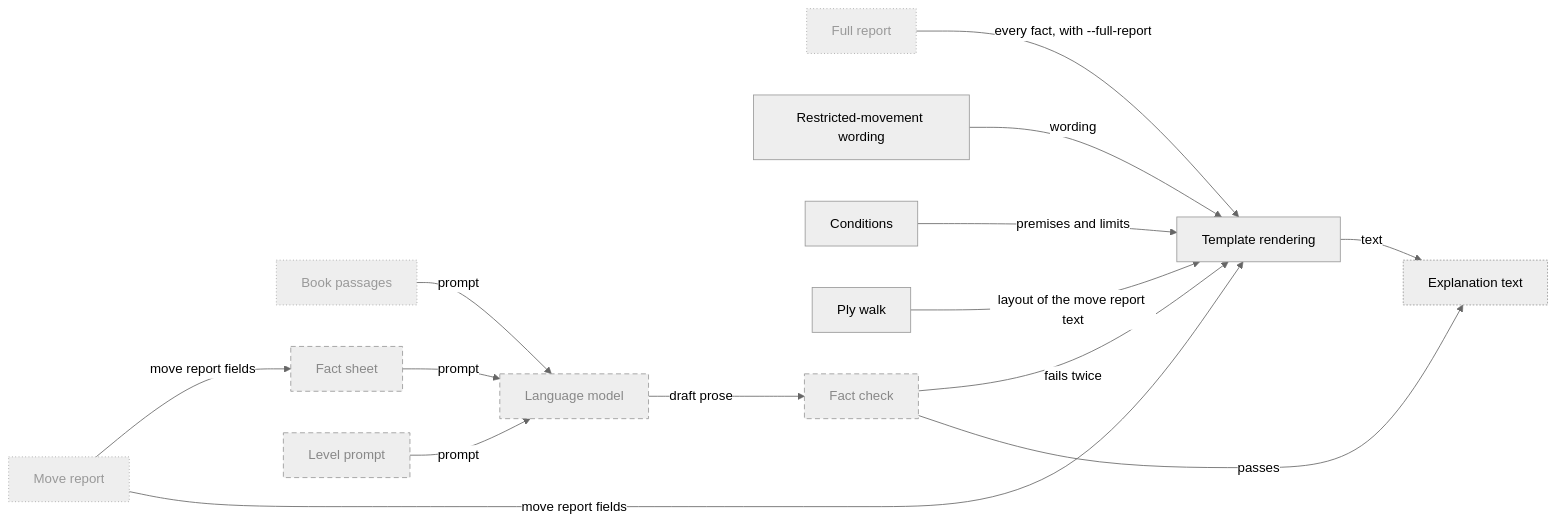
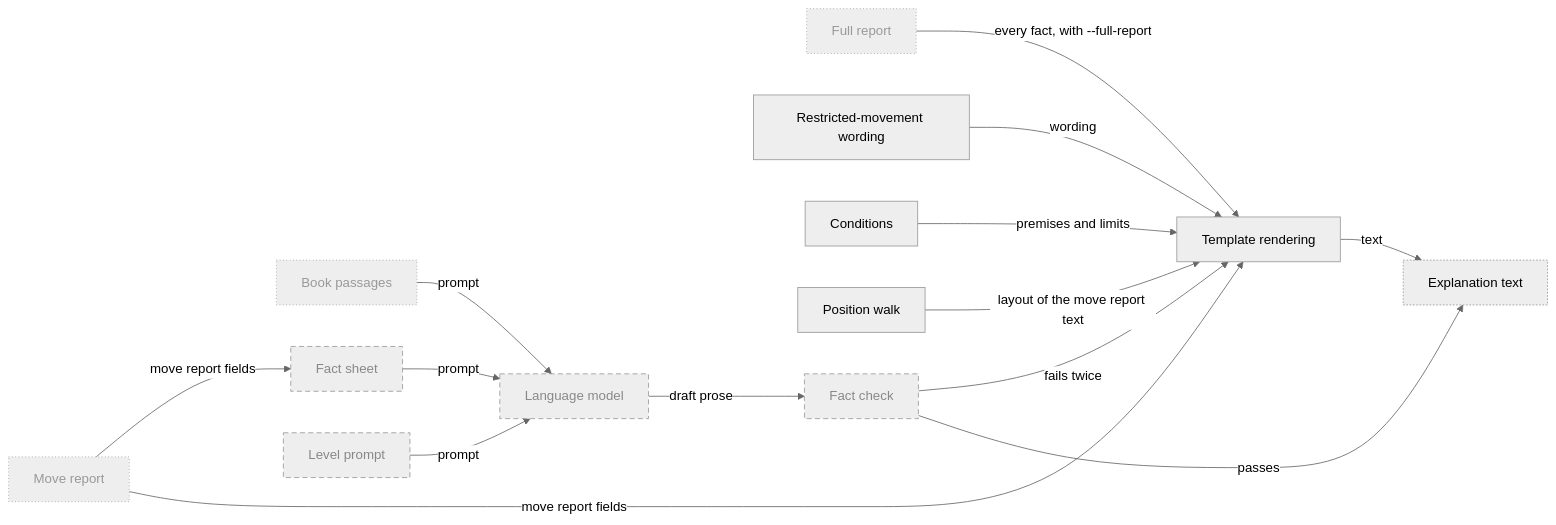
Before and after one commit to aurja/ChessWhy: diagram 12 of 25 in Planning/DBC/CONCEPTS.md, drawn with Mermaid (neutral theme). The commit also changed other lines of this file and 13 other files, not shown here.

First line of the commit message:
PostM4_EM4 part 1c: position walk in the move report text

````diff
--- a/Planning/DBC/CONCEPTS.md
+++ b/Planning/DBC/CONCEPTS.md
@@ -611,31 +611,31 @@
 ```mermaid
 flowchart LR
     MoveReport["Move report"]
     ReportDocument["Full report"]
     BookPassages["Book passages"]
     RestrictedMovement["Restricted-movement wording"]
     Conditions["Conditions"]
-    PlyWalk["Ply walk"]
+    PositionWalk["Position walk"]
     TemplateRendering["Template rendering"]
     FactSheet["Fact sheet"]
     LevelPrompt["Level prompt"]
     LanguageModel["Language model"]
     FactCheck["Fact check"]
     ExplanationText["Explanation text"]
     MoveReport -->|move report fields| TemplateRendering & FactSheet
     ReportDocument -->|every fact, with --full-report| TemplateRendering
     RestrictedMovement -->|wording| TemplateRendering
     Conditions -->|premises and limits| TemplateRendering
-    PlyWalk -->|layout of the move report text| TemplateRendering
+    PositionWalk -->|layout of the move report text| TemplateRendering
     FactSheet & LevelPrompt & BookPassages -->|prompt| LanguageModel
     LanguageModel -->|draft prose| FactCheck
     FactCheck -->|passes| ExplanationText
     FactCheck -->|fails twice| TemplateRendering
     TemplateRendering -->|text| ExplanationText
     classDef planned stroke-dasharray:6 4,color:#888
     classDef partial stroke-dasharray:2 2
     classDef external stroke-dasharray:1 3,color:#999
     class MoveReport,ReportDocument,BookPassages external
     class FactSheet,LevelPrompt,LanguageModel,FactCheck planned
     class ExplanationText partial
 ```
````
